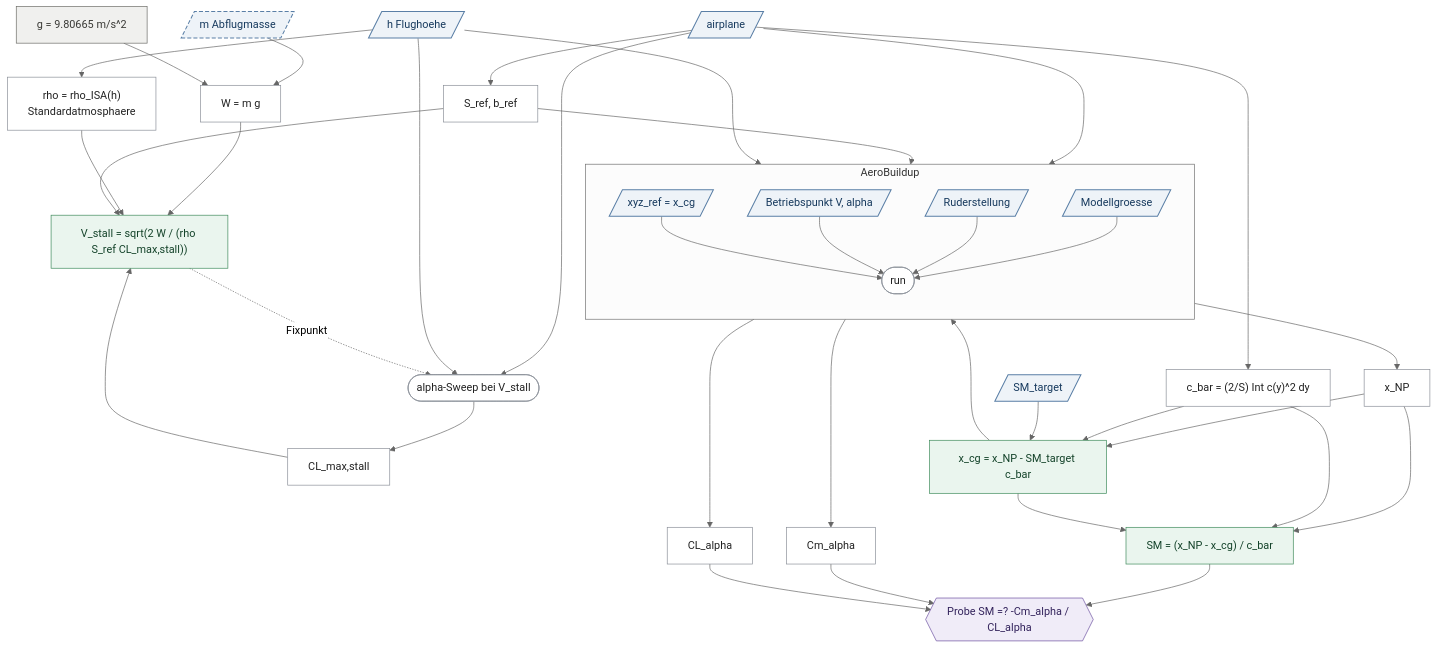
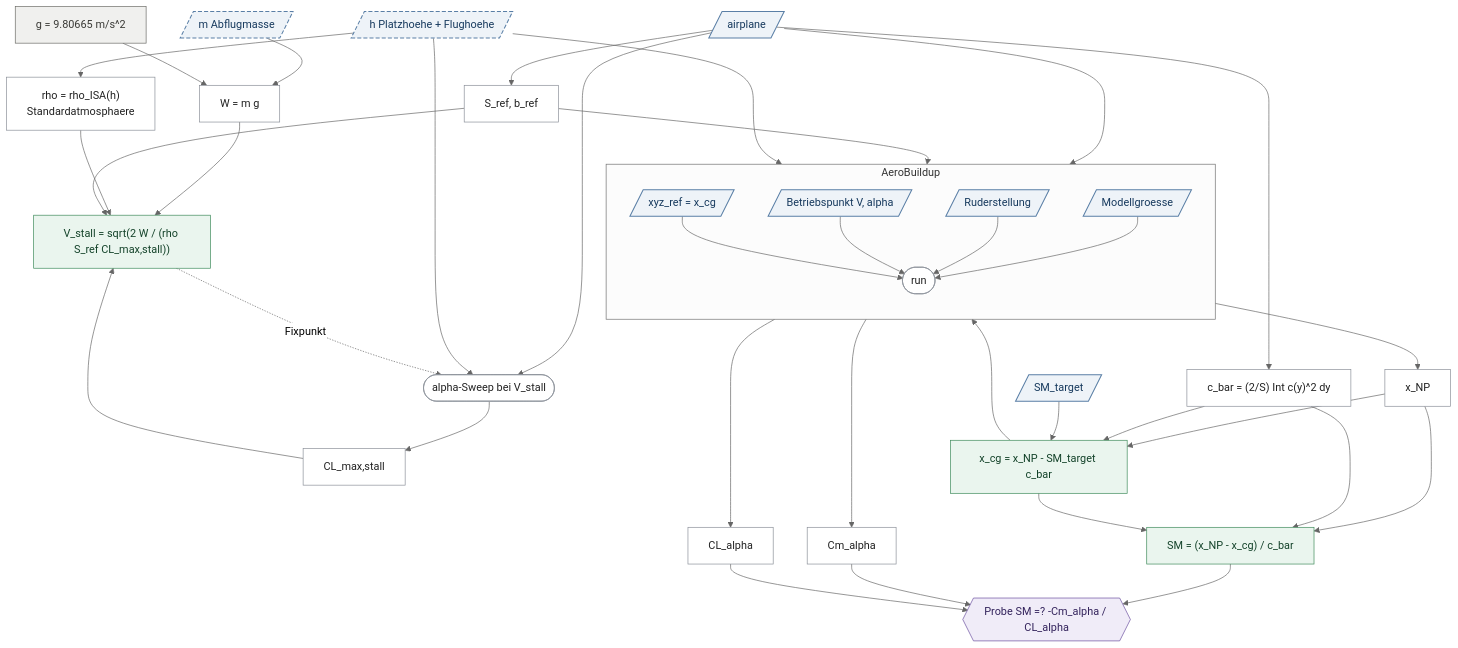
Before and after one commit to szymansk/da3Dalus: the second of 2 diagrams in _reversa_sdd/calculations/canon/PFAD3.md, drawn with Mermaid (neutral theme). The commit also changed other lines of this file and 1 other file, not shown here.

````diff
--- a/_reversa_sdd/calculations/canon/PFAD3.md
+++ b/_reversa_sdd/calculations/canon/PFAD3.md
@@ -424,80 +424,80 @@
 ```mermaid
 flowchart TD
   classDef inp fill:#eef3f8,stroke:#5a7fa6,stroke-width:1.5px,color:#173a5e
   classDef est fill:#eef3f8,stroke:#5a7fa6,stroke-width:1.5px,stroke-dasharray:6 3,color:#173a5e
   classDef drv fill:#ffffff,stroke:#8a8f98,color:#222
   classDef chk fill:#f0ecf8,stroke:#6b4fa0,color:#33235c
   classDef konst fill:#f0f0ee,stroke:#6b6b66,color:#3a3a36
   classDef out fill:#eaf5ee,stroke:#3d8a5a,color:#14432a
 
   GEO[/"airplane"/]:::inp
   SMT[/"SM_target"/]:::inp
   MEST[/"m  Abflugmasse"/]:::est
-  HOEHE[/"h  Flughoehe"/]:::inp
+  HOEHE[/"h  Platzhoehe + Flughoehe"/]:::est
   GRAV["g = 9.80665 m/s^2"]:::konst
 
   MAC["c_bar = (2/S) Int c(y)^2 dy"]:::drv
   SREF["S_ref, b_ref"]:::drv
   ATM["rho = rho_ISA(h)<br/>Standardatmosphaere"]:::drv
   W["W = m g"]:::drv
 
   subgraph SOLVER["AeroBuildup"]
     direction TB
     XYZ[/"xyz_ref = x_cg"/]:::inp
     OP[/"Betriebspunkt V, alpha"/]:::inp
     CTRL[/"Ruderstellung"/]:::inp
     FID[/"Modellgroesse"/]:::inp
     RUN(["run"]):::drv
     XYZ --> RUN
     OP --> RUN
     CTRL --> RUN
     FID --> RUN
   end
   XNP["x_NP"]:::drv
   CMA["Cm_alpha"]:::drv
   CLA["CL_alpha"]:::drv
 
   SWEEP(["alpha-Sweep bei V_stall"]):::drv
   CLMAX["CL_max,stall"]:::drv
 
   CGD["x_cg = x_NP - SM_target c_bar"]:::out
   SM["SM = (x_NP - x_cg) / c_bar"]:::out
   RT{{"Probe SM =? -Cm_alpha / CL_alpha"}}:::chk
   VS["V_stall = sqrt(2 W / (rho S_ref CL_max,stall))"]:::out
 
   GEO --> MAC
   GEO --> SREF
   GEO --> RUN
   GEO --> SWEEP
   SREF --> RUN
 
   MEST --> W
   GRAV --> W
   HOEHE --> ATM
   HOEHE --> RUN
   HOEHE --> SWEEP
 
   RUN --> XNP
   RUN --> CMA
   RUN --> CLA
 
   XNP --> CGD
   MAC --> CGD
   SMT --> CGD
   CGD --> XYZ
 
   XNP --> SM
   MAC --> SM
   CGD --> SM
   SM --> RT
   CMA --> RT
   CLA --> RT
 
   SWEEP --> CLMAX
   W --> VS
   ATM --> VS
   SREF --> VS
   CLMAX --> VS
   VS -. "Fixpunkt" .-> SWEEP
 
 ```
````
